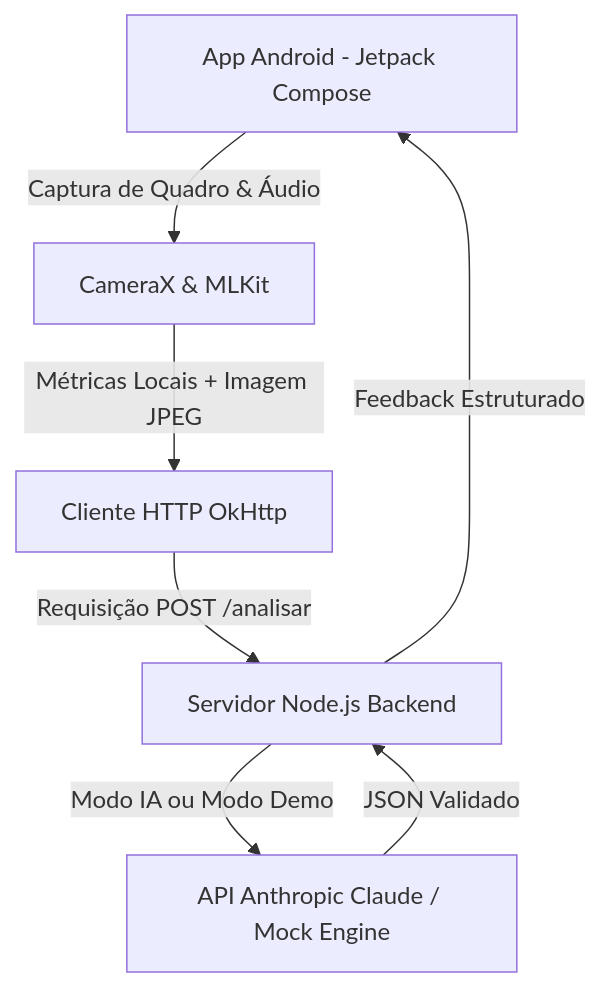
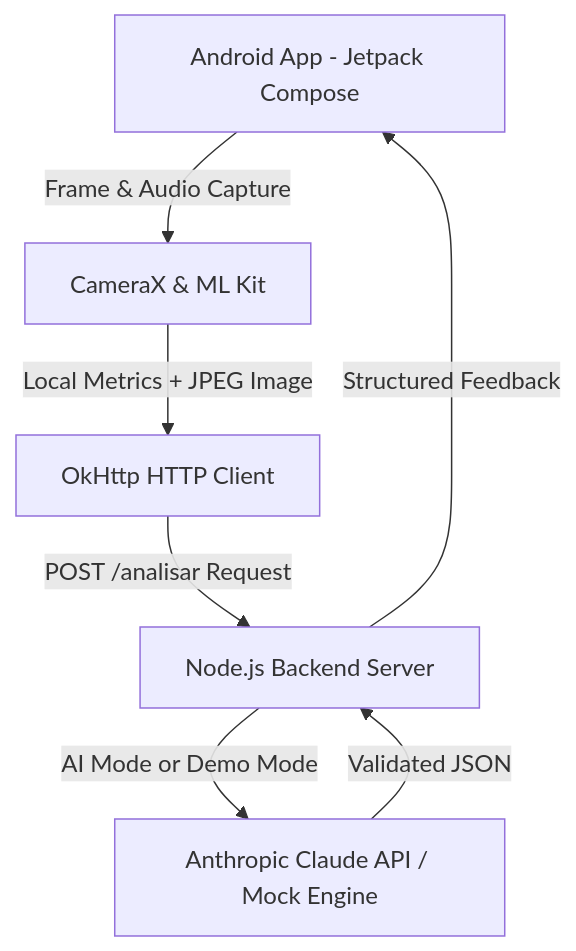
Before and after one commit to nyxaev/Alphayat: the diagram in README.md, drawn with Mermaid. The commit also changed other lines of this file and 16 other files, not shown here.

````diff
--- a/README.md
+++ b/README.md
@@ -44,9 +52,9 @@
 ```mermaid
 graph TD
-    A[App Android - Jetpack Compose] -->|Captura de Quadro & Áudio| B[CameraX & MLKit]
-    B -->|Métricas Locais + Imagem JPEG| C[Cliente HTTP OkHttp]
-    C -->|Requisição POST /analisar| D[Servidor Node.js Backend]
-    D -->|Modo IA ou Modo Demo| E[API Anthropic Claude / Mock Engine]
-    E -->|JSON Validado| D
-    D -->|Feedback Estruturado| A
+    A[Android App - Jetpack Compose] -->|Frame & Audio Capture| B[CameraX & ML Kit]
+    B -->|Local Metrics + JPEG Image| C[OkHttp HTTP Client]
+    C -->|POST /analisar Request| D[Node.js Backend Server]
+    D -->|AI Mode or Demo Mode| E[Anthropic Claude API / Mock Engine]
+    E -->|Validated JSON| D
+    D -->|Structured Feedback| A
 ```
````
